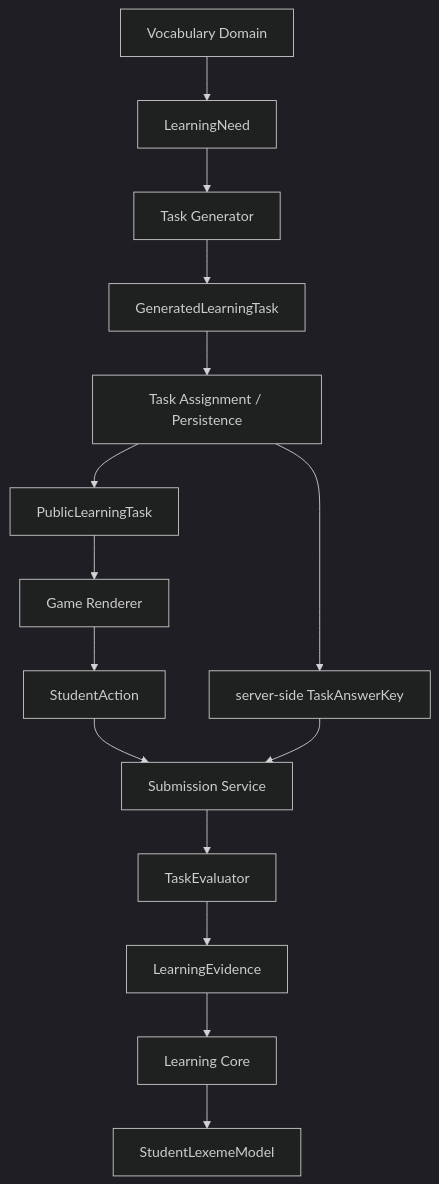
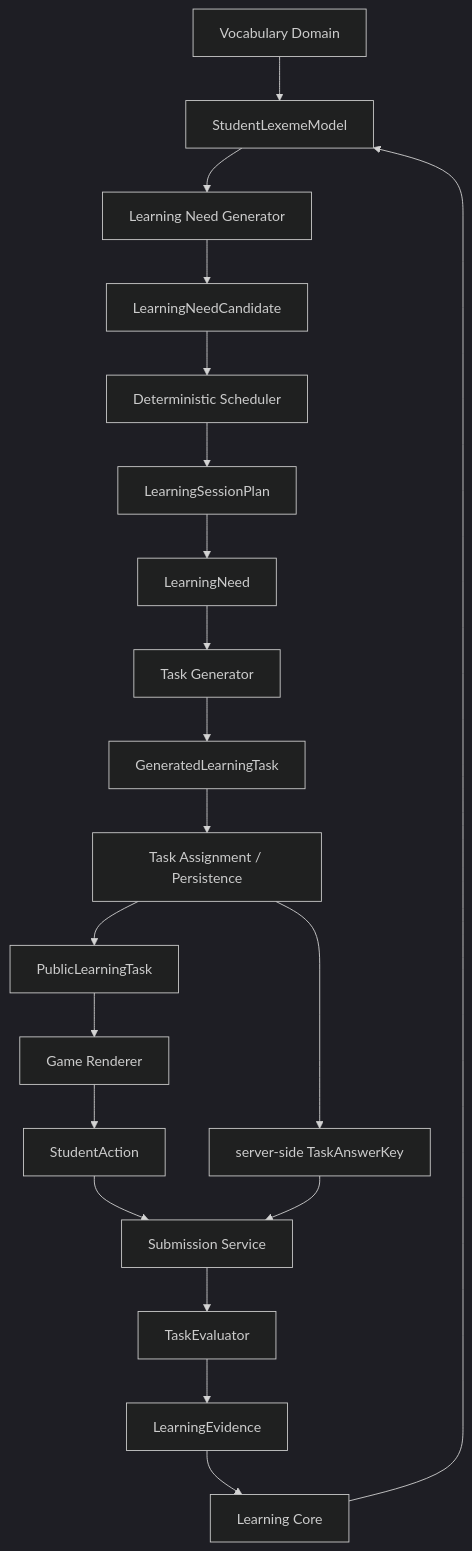
The diagram in docs/ARCHITECTURE.md (chipmuck228/wordranger), drawn with Mermaid (dark theme) before and after one commit. The commit also changed other lines of this file and 43 other files, not shown here.

First line of the commit message:
Add a deterministic Learning Need Generator and session scheduler.

````diff
--- a/docs/ARCHITECTURE.md
+++ b/docs/ARCHITECTURE.md
@@ -7,32 +7,41 @@
 ```mermaid
 flowchart TD
   vocab[Vocabulary Domain]
+  model[StudentLexemeModel]
+  generator[Learning Need Generator]
+  candidates[LearningNeedCandidate]
+  scheduler[Deterministic Scheduler]
+  plan[LearningSessionPlan]
   need[LearningNeed]
   gen[Task Generator]
   generated[GeneratedLearningTask]
   assignment[Task Assignment / Persistence]
   publicTask[PublicLearningTask]
   renderer[Game Renderer]
   action[StudentAction]
   submit[Submission Service]
   answerKey[server-side TaskAnswerKey]
   evaluator[TaskEvaluator]
   evidence[LearningEvidence]
   core[Learning Core]
-  model[StudentLexemeModel]
 
-  vocab --> need
+  vocab --> model
+  model --> generator
+  generator --> candidates
+  candidates --> scheduler
+  scheduler --> plan
+  plan --> need
   need --> gen
   gen --> generated
   generated --> assignment
   assignment --> publicTask
   publicTask --> renderer
   renderer --> action
   action --> submit
   assignment --> answerKey
   answerKey --> submit
   submit --> evaluator
   evaluator --> evidence
   evidence --> core
   core --> model
 ```
````
